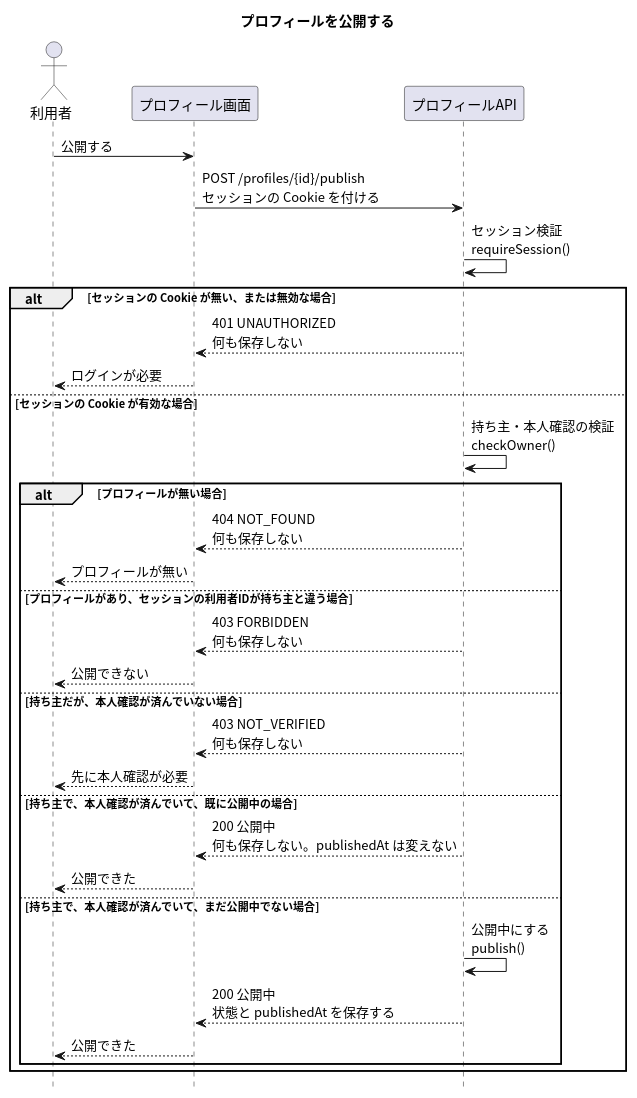
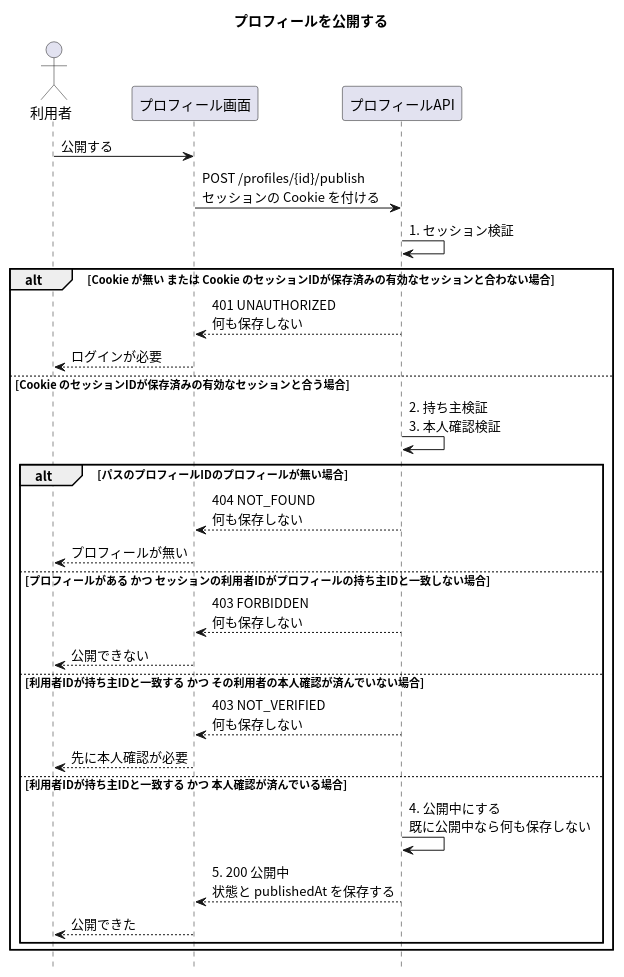
The diagram in apis/publish-profile/入口.puml (masamasamasato/design-doc-template), drawn with PlantUML before and after one commit. The commit also changed 40 other files, not shown here.

```diff
--- a/apis/publish-profile/入口.puml
+++ b/apis/publish-profile/入口.puml
@@ -1,40 +1,37 @@
 @startuml
 skinparam shadowing false
 skinparam defaultFontName "Noto Sans CJK JP"
 skinparam SequenceFontName "Noto Sans CJK JP"
 skinparam NoteBackgroundColor #FFFFCC
 hide footbox
 
 title プロフィールを公開する
 
 actor "利用者" as User
 participant "プロフィール画面" as Screen
 participant "プロフィールAPI" as API
 
 User -> Screen : 公開する
 Screen -> API : POST /profiles/{id}/publish\nセッションの Cookie を付ける
-API -> API : セッション検証\nrequireSession()
-alt セッションの Cookie が無い、または無効な場合
+API -> API : 1. セッション検証
+alt Cookie が無い または Cookie のセッションIDが保存済みの有効なセッションと合わない場合
   API --> Screen : 401 UNAUTHORIZED\n何も保存しない
   Screen --> User : ログインが必要
-else セッションの Cookie が有効な場合
-  API -> API : 持ち主・本人確認の検証\ncheckOwner()
-  alt プロフィールが無い場合
+else Cookie のセッションIDが保存済みの有効なセッションと合う場合
+  API -> API : 2. 持ち主検証\n3. 本人確認検証
+  alt パスのプロフィールIDのプロフィールが無い場合
     API --> Screen : 404 NOT_FOUND\n何も保存しない
     Screen --> User : プロフィールが無い
-  else プロフィールがあり、セッションの利用者IDが持ち主と違う場合
+  else プロフィールがある かつ セッションの利用者IDがプロフィールの持ち主IDと一致しない場合
     API --> Screen : 403 FORBIDDEN\n何も保存しない
     Screen --> User : 公開できない
-  else 持ち主だが、本人確認が済んでいない場合
+  else 利用者IDが持ち主IDと一致する かつ その利用者の本人確認が済んでいない場合
     API --> Screen : 403 NOT_VERIFIED\n何も保存しない
     Screen --> User : 先に本人確認が必要
-  else 持ち主で、本人確認が済んでいて、既に公開中の場合
-    API --> Screen : 200 公開中\n何も保存しない。publishedAt は変えない
-    Screen --> User : 公開できた
-  else 持ち主で、本人確認が済んでいて、まだ公開中でない場合
-    API -> API : 公開中にする\npublish()
-    API --> Screen : 200 公開中\n状態と publishedAt を保存する
+  else 利用者IDが持ち主IDと一致する かつ 本人確認が済んでいる場合
+    API -> API : 4. 公開中にする\n既に公開中なら何も保存しない
+    API --> Screen : 5. 200 公開中\n状態と publishedAt を保存する
     Screen --> User : 公開できた
   end
 end
 @enduml
```
